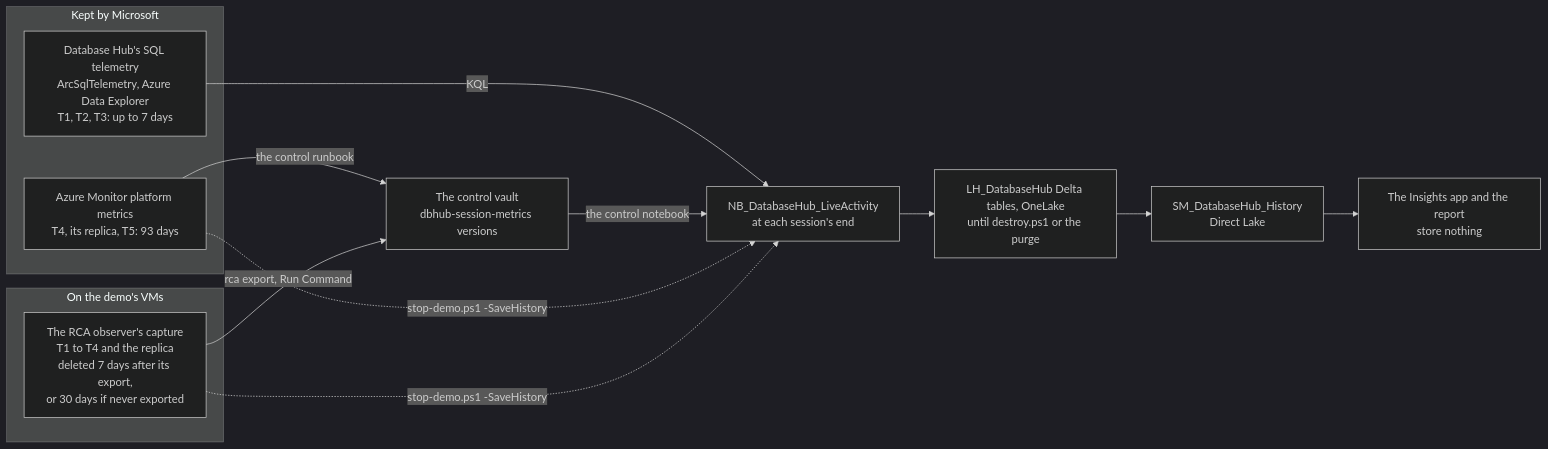
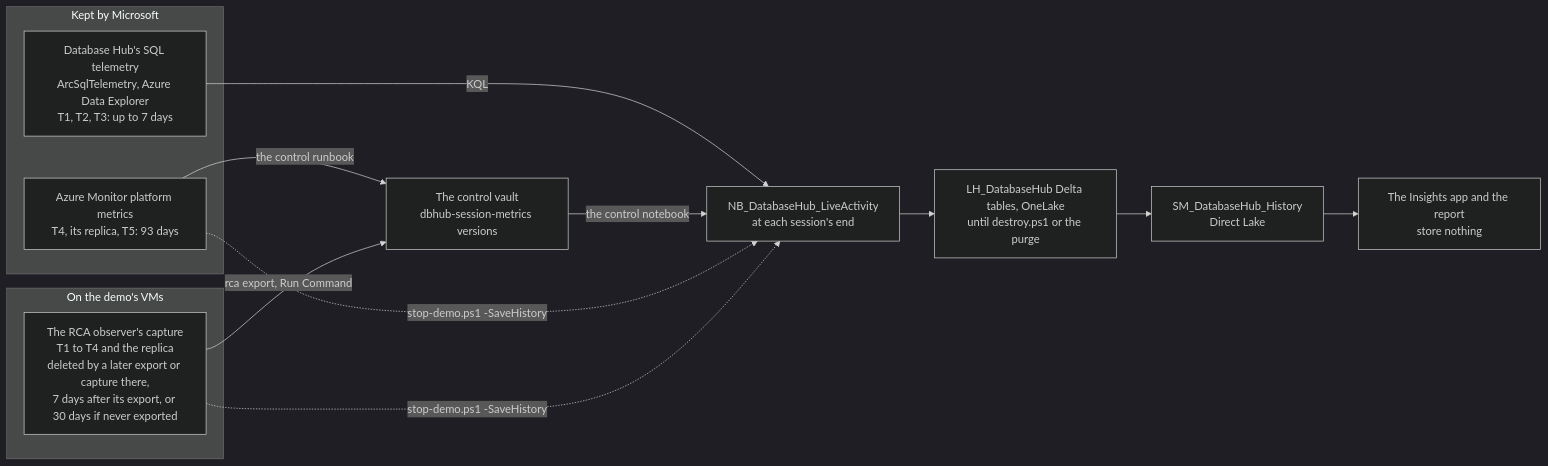
One commit to MarcBushong/fabric-database-hub-demo changed the diagram in docs/adr/0031-incident-rca.md. Above: the diagram before and after it, drawn with Mermaid (dark theme). The commit also changed other lines of this file and 11 other files, not shown here.

````diff
--- a/docs/adr/0031-incident-rca.md
+++ b/docs/adr/0031-incident-rca.md
@@ -252,22 +252,22 @@
 ```mermaid
 flowchart LR
     subgraph ms["Kept by Microsoft"]
         adx["Database Hub's SQL telemetry<br/>ArcSqlTelemetry, Azure Data Explorer<br/>T1, T2, T3: up to 7 days"]
         am["Azure Monitor platform metrics<br/>T4, its replica, T5: 93 days"]
     end
     subgraph vms["On the demo's VMs"]
-        obs["The RCA observer's capture<br/>T1 to T4 and the replica<br/>deleted 7 days after its export,<br/>or 30 days if never exported"]
+        obs["The RCA observer's capture<br/>T1 to T4 and the replica<br/>deleted by a later export or capture there,<br/>7 days after its export, or 30 days if never exported"]
     end
     vault["The control vault<br/>dbhub-session-metrics versions"]
     nb["NB_DatabaseHub_LiveActivity<br/>at each session's end"]
     lh["LH_DatabaseHub Delta tables, OneLake<br/>until destroy.ps1 or the purge"]
     sm["SM_DatabaseHub_History<br/>Direct Lake"]
     app["The Insights app and the report<br/>store nothing"]
     adx -- "KQL" --> nb
     am -- "the control runbook" --> vault
     obs -- "rca export, Run Command" --> vault
     vault -- "the control notebook" --> nb
     am -. "stop-demo.ps1 -SaveHistory" .-> nb
     obs -. "stop-demo.ps1 -SaveHistory" .-> nb
     nb --> lh --> sm --> app
 ```
````
